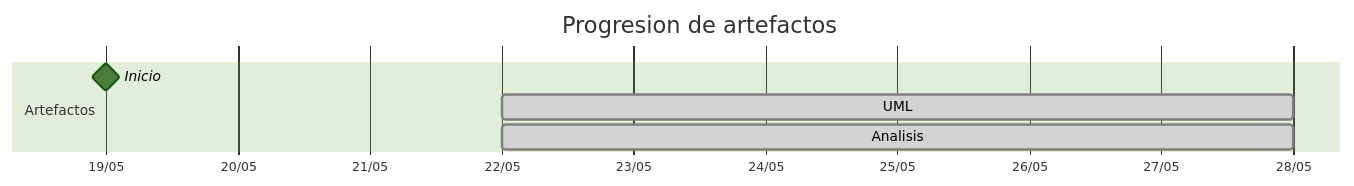
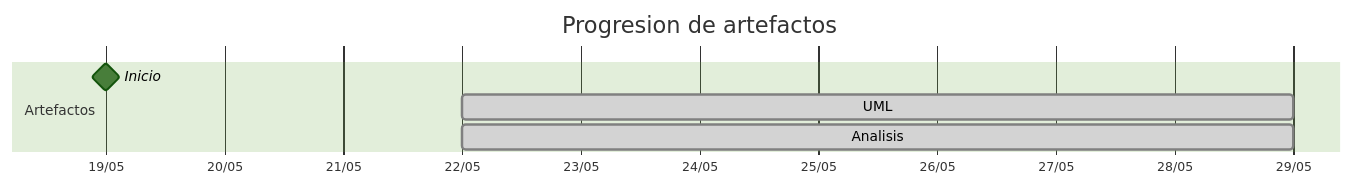
The diagram in TIMELINES/31Diego.md (carlos-alvarado-25/25-26-idsw2-sdVC), drawn with Mermaid (forest theme) before and after one commit. The commit also changed other lines of this file and 25 other files, not shown here.

````diff
--- a/TIMELINES/31Diego.md
+++ b/TIMELINES/31Diego.md
@@ -15,10 +19,10 @@
 ```mermaid
 gantt
     title Progresion de artefactos
     dateFormat YYYY-MM-DD
     axisFormat %d/%m
     section Artefactos
         Inicio       :milestone, 2026-05-19, 0d
-        UML          :done, 2026-05-22, 2026-05-28
-        Analisis     :done, 2026-05-22, 2026-05-28
+        UML          :done, 2026-05-22, 2026-05-29
+        Analisis     :done, 2026-05-22, 2026-05-29
 ```
````
